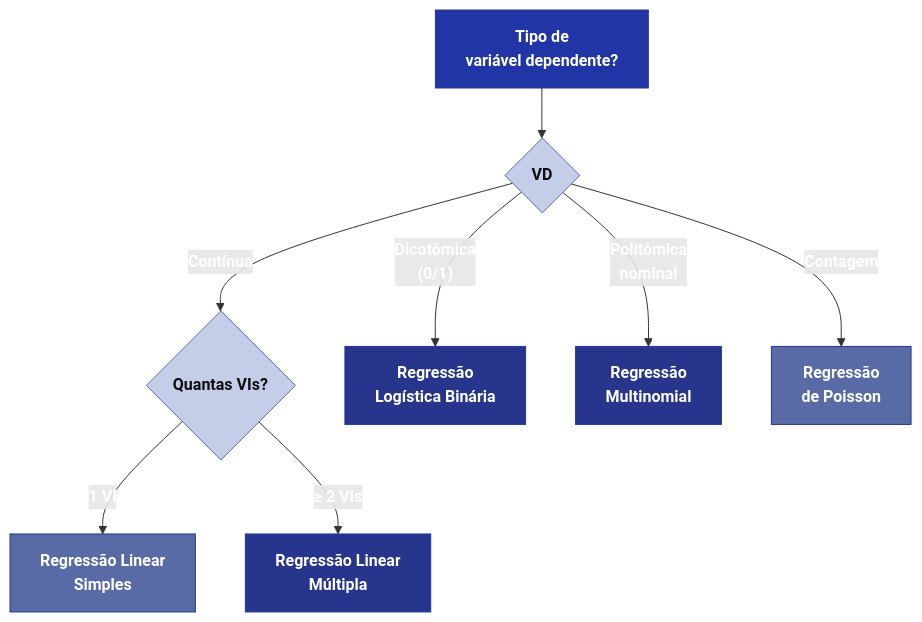
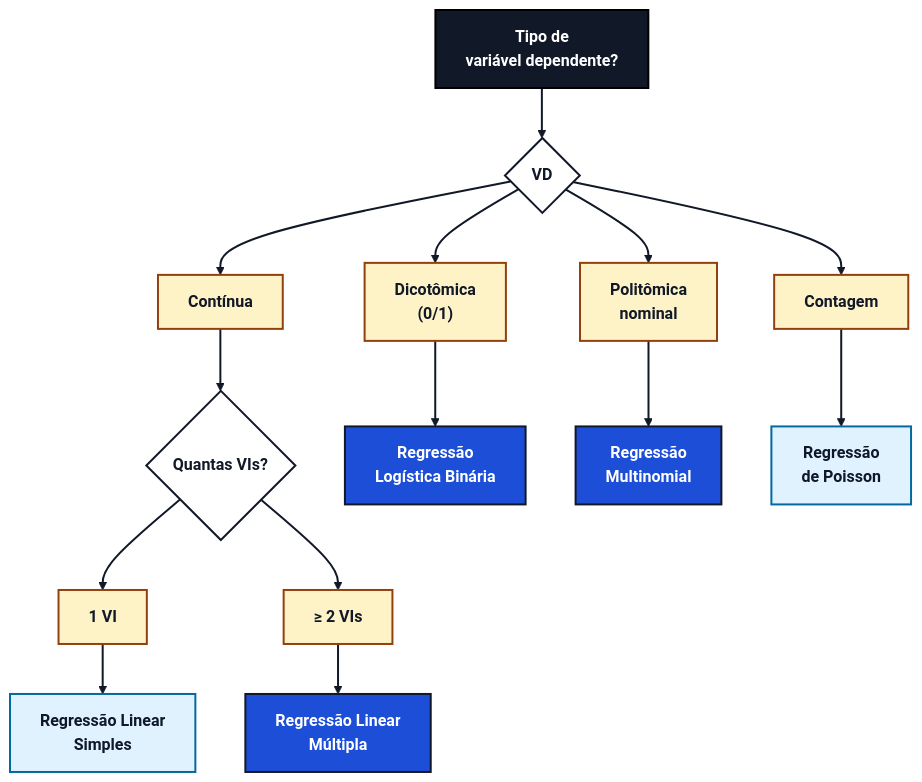
Before and after one commit to ldvsantos/cv: the first of 2 diagrams in aulas/analise_dados_ambientais/aulas/14_regressao/regressao.qmd, drawn with Mermaid. The commit also changed other lines of this file and 17 other files, not shown here.

````diff
--- a/aulas/analise_dados_ambientais/aulas/14_regressao/regressao.qmd
+++ b/aulas/analise_dados_ambientais/aulas/14_regressao/regressao.qmd
@@ -82,17 +82,27 @@
 ```{mermaid}
 %%| fig-width: 10
+%%{init: {"theme": "base", "themeVariables": {"fontFamily": "Arial, sans-serif", "primaryTextColor": "#111827", "lineColor": "#111827", "edgeLabelBackground": "#FFFFFF"}}}%%
 flowchart TD
     A["Tipo de<br/>variável dependente?"]:::root --> B{"VD"}:::node
-    B --> |"Contínua"| C{"Quantas VIs?"}:::node
-    B --> |"Dicotômica<br/>(0/1)"| D["Regressão<br/>Logística Binária"]:::result
-    B --> |"Politômica<br/>nominal"| E["Regressão<br/>Multinomial"]:::result
-    B --> |"Contagem"| F["Regressão<br/>de Poisson"]:::leaf
+  B --> B1["Contínua"]:::option
+  B --> B2["Dicotômica<br/>(0/1)"]:::option
+  B --> B3["Politômica<br/>nominal"]:::option
+  B --> B4["Contagem"]:::option
 
-    C --> |"1 VI"| G["Regressão Linear<br/>Simples"]:::leaf
-    C --> |"≥ 2 VIs"| H["Regressão Linear<br/>Múltipla"]:::result
+  B1 --> C{"Quantas VIs?"}:::node
+  B2 --> D["Regressão<br/>Logística Binária"]:::result
+  B3 --> E["Regressão<br/>Multinomial"]:::result
+  B4 --> F["Regressão<br/>de Poisson"]:::leaf
 
-    classDef root fill:#2135A6,color:#fff,font-weight:bold,stroke:#27368C
-    classDef node fill:#C5CEE8,color:#0D0D0D,stroke:#586BA6
-    classDef leaf fill:#586BA6,color:#fff,stroke:#27368C
-    classDef result fill:#27368C,color:#fff,font-weight:bold,stroke:#2135A6
+  C --> C1["1 VI"]:::option
+  C --> C2["≥ 2 VIs"]:::option
+  C1 --> G["Regressão Linear<br/>Simples"]:::leaf
+  C2 --> H["Regressão Linear<br/>Múltipla"]:::result
+
+    classDef root fill:#111827,color:#FFFFFF,font-weight:bold,stroke:#000000,stroke-width:2px
+    classDef node fill:#FFFFFF,color:#111827,font-weight:bold,stroke:#111827,stroke-width:2px
+  classDef option fill:#FEF3C7,color:#111827,font-weight:bold,stroke:#92400E,stroke-width:2px
+    classDef leaf fill:#E0F2FE,color:#0F172A,font-weight:bold,stroke:#0369A1,stroke-width:2px
+    classDef result fill:#1D4ED8,color:#FFFFFF,font-weight:bold,stroke:#111827,stroke-width:2px
+  linkStyle default stroke:#111827,stroke-width:2px,color:#111827
 ```
````
